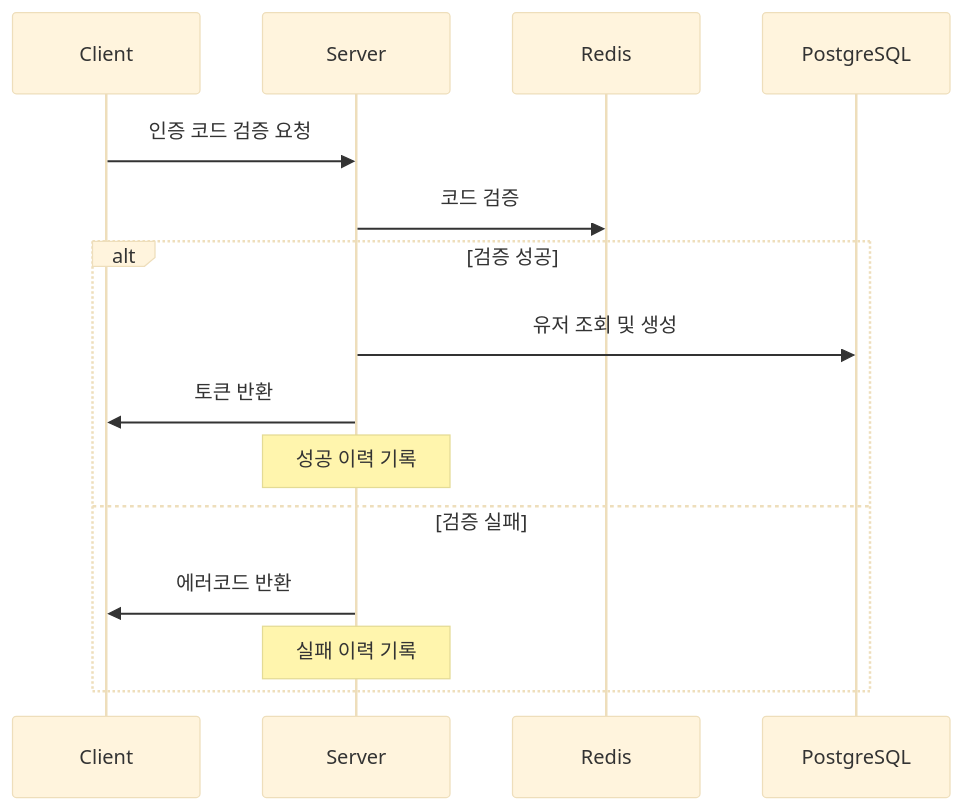
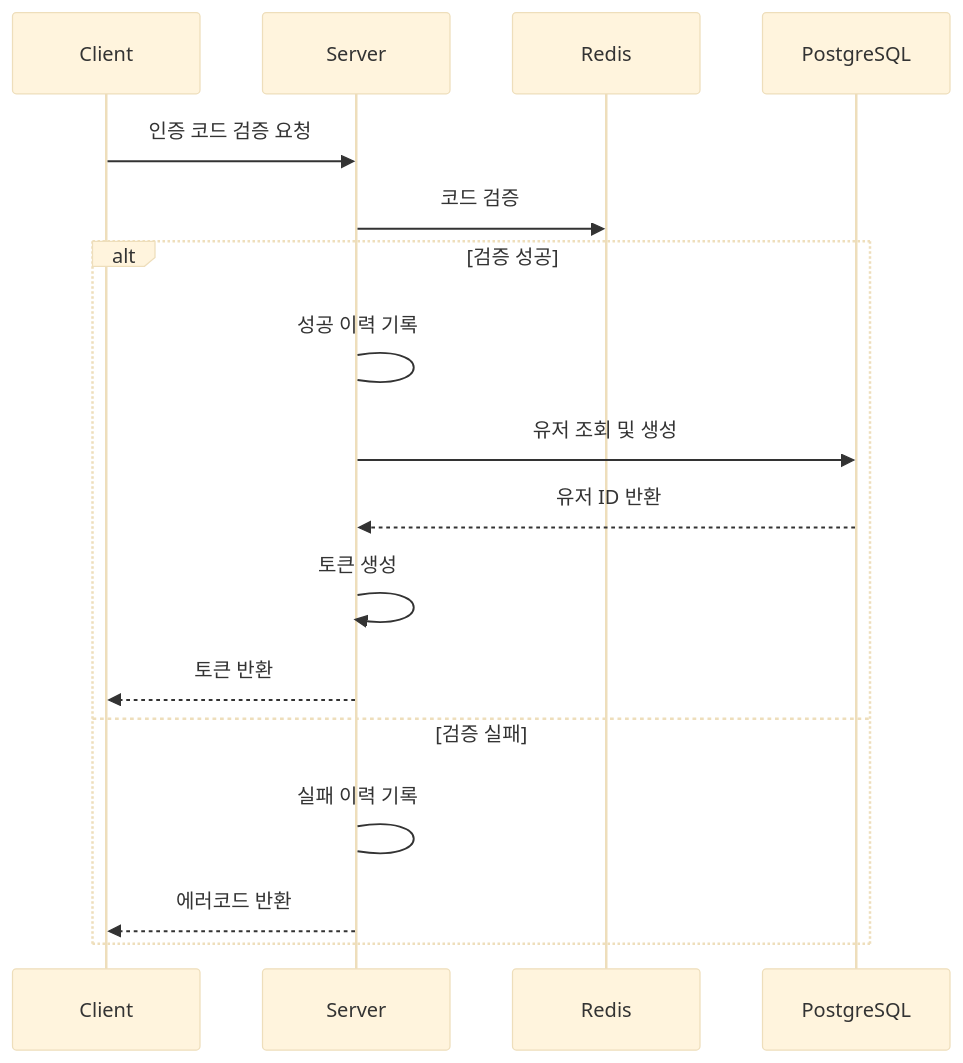
Before and after one commit to 23tae/23tae.github.io: the second of 2 diagrams in _posts/project/sidaeting5/2024-12-15-sidaeting5-aws-ses-email-verification.md, drawn with Mermaid (base theme). The commit also changed other lines of this file and 3 other files, not shown here.

Commit message:
update flow chart

````diff
--- a/_posts/project/sidaeting5/2024-12-15-sidaeting5-aws-ses-email-verification.md
+++ b/_posts/project/sidaeting5/2024-12-15-sidaeting5-aws-ses-email-verification.md
@@ -75,18 +75,20 @@
 ```mermaid
 sequenceDiagram
     participant C as Client
     participant S as Server
     participant R as Redis
     participant P as PostgreSQL
 
     C->>S: 인증 코드 검증 요청
     S->>R: 코드 검증
     alt 검증 성공
+        S->S: 성공 이력 기록
         S->>P: 유저 조회 및 생성
-        S->>C: 토큰 반환
-        Note over S: 성공 이력 기록
+        P-->>S: 유저 ID 반환
+        S->>S: 토큰 생성
+        S-->>C: 토큰 반환
     else 검증 실패
-        S->>C: 에러코드 반환
-        Note over S: 실패 이력 기록
+        S->S: 실패 이력 기록
+        S-->>C: 에러코드 반환
     end
 ```
````
